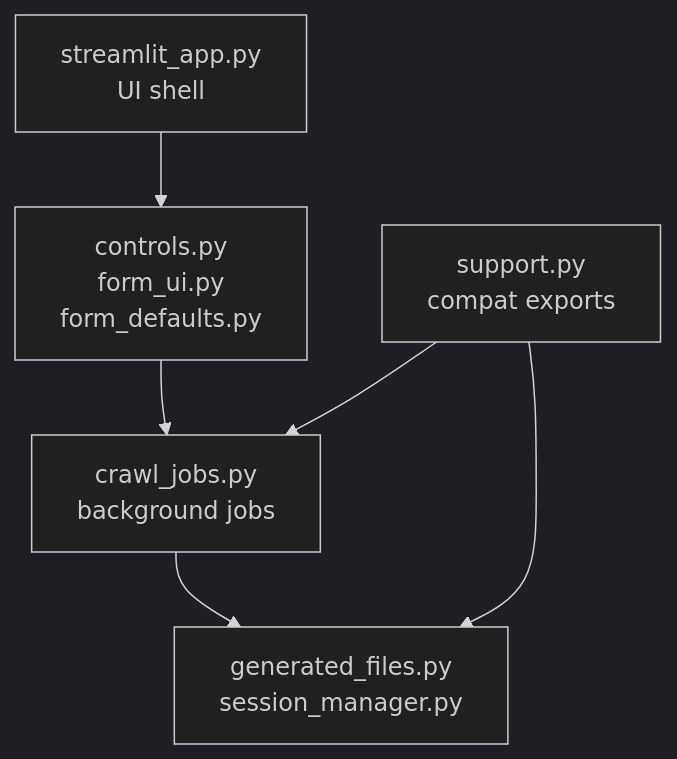
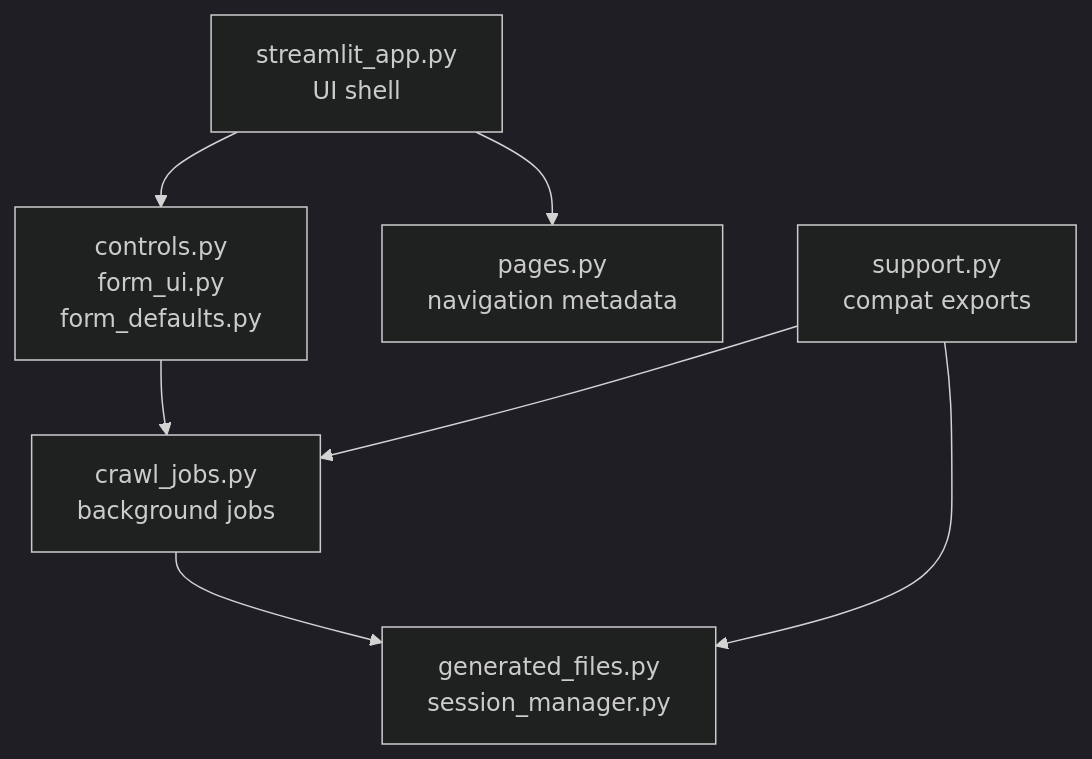
One commit to prakosd/rag-playground changed the eighth of 9 diagrams in README.md. Above: the diagram before and after it, drawn with Mermaid (dark theme). The commit also changed other lines of this file and 20 other files, not shown here.

First line of the commit message:
Refactor Streamlit app structure and enhance page navigation

````diff
--- a/README.md
+++ b/README.md
@@ -440,8 +443,9 @@
 ```mermaid
 flowchart TD
   App["streamlit_app.py<br/>UI shell"] --> Inputs["controls.py<br/>form_ui.py<br/>form_defaults.py"]
+  App --> Pages["pages.py<br/>navigation metadata"]
   Inputs --> Jobs["crawl_jobs.py<br/>background jobs"]
   Jobs --> Outputs["generated_files.py<br/>session_manager.py"]
   Support["support.py<br/>compat exports"] --> Jobs
   Support --> Outputs
 ```
````
